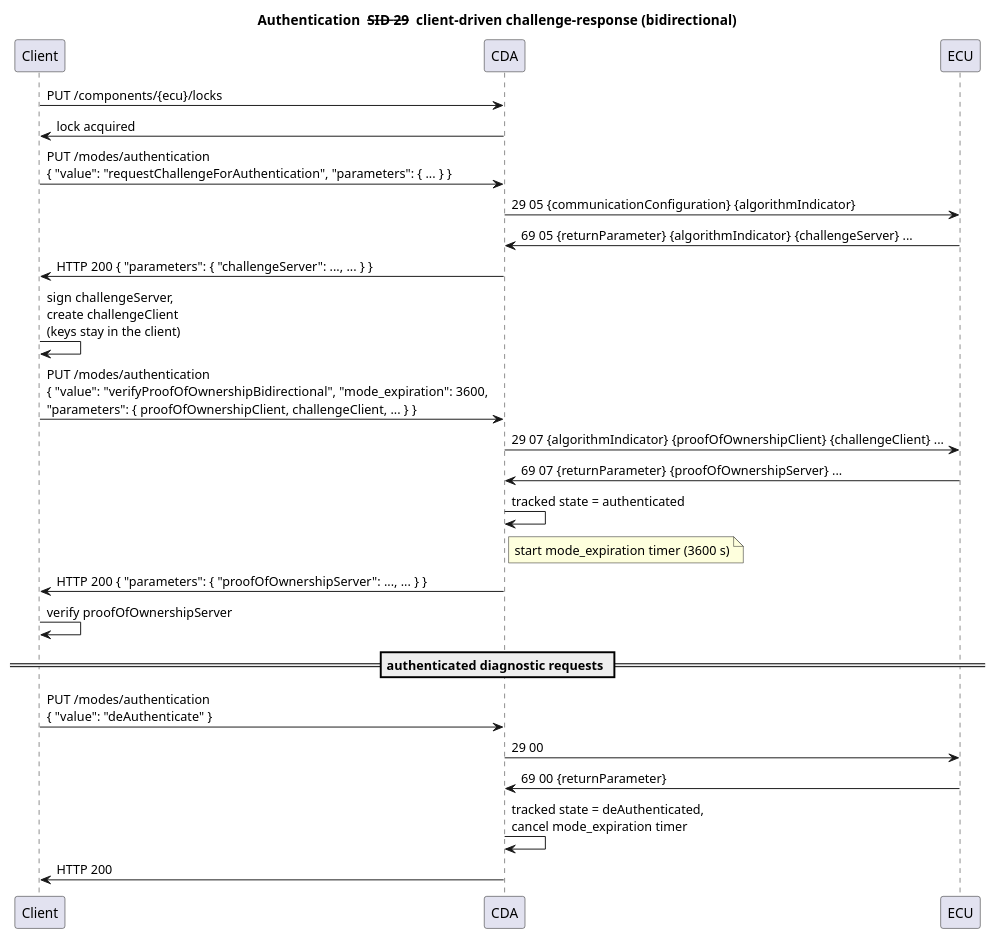
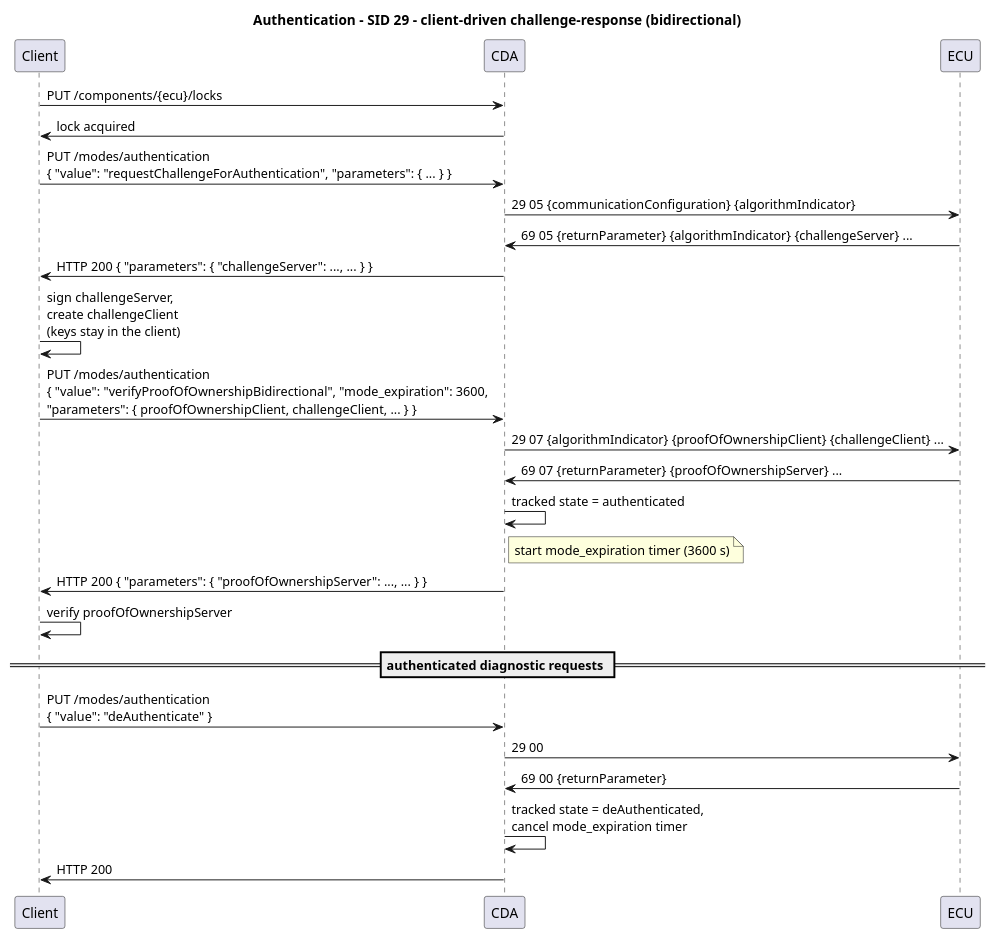
Before and after one commit to eclipse-opensovd/classic-diagnostic-adapter: the diagram in docs/03_architecture/02_sovd-api/images/authentication_challenge_response.puml, drawn with PlantUML. The commit also changed 5 other files, not shown here.

```diff
--- a/docs/03_architecture/02_sovd-api/images/authentication_challenge_response.puml
+++ b/docs/03_architecture/02_sovd-api/images/authentication_challenge_response.puml
@@ -13,35 +13,35 @@
 @startuml
-title Authentication -- SID 29 -- client-driven challenge-response (bidirectional)
+title Authentication - SID 29 - client-driven challenge-response (bidirectional)
 
 participant Client
 participant CDA
 participant ECU
 
 Client -> CDA : PUT /components/{ecu}/locks
 CDA -> Client : lock acquired
 
 Client -> CDA : PUT /modes/authentication\n{ "value": "requestChallengeForAuthentication", "parameters": { ... } }
 CDA -> ECU : 29 05 {communicationConfiguration} {algorithmIndicator}
 ECU -> CDA : 69 05 {returnParameter} {algorithmIndicator} {challengeServer} ...
 CDA -> Client : HTTP 200 { "parameters": { "challengeServer": ..., ... } }
 
 Client -> Client : sign challengeServer,\ncreate challengeClient\n(keys stay in the client)
 
 Client -> CDA : PUT /modes/authentication\n{ "value": "verifyProofOfOwnershipBidirectional", "mode_expiration": 3600,\n"parameters": { proofOfOwnershipClient, challengeClient, ... } }
 CDA -> ECU : 29 07 {algorithmIndicator} {proofOfOwnershipClient} {challengeClient} ...
 ECU -> CDA : 69 07 {returnParameter} {proofOfOwnershipServer} ...
 CDA -> CDA : tracked state = authenticated
 note right of CDA : start mode_expiration timer (3600 s)
 CDA -> Client : HTTP 200 { "parameters": { "proofOfOwnershipServer": ..., ... } }
 
 Client -> Client : verify proofOfOwnershipServer
 
 == authenticated diagnostic requests ==
 
 Client -> CDA : PUT /modes/authentication\n{ "value": "deAuthenticate" }
 CDA -> ECU : 29 00
 ECU -> CDA : 69 00 {returnParameter}
 CDA -> CDA : tracked state = deAuthenticated,\ncancel mode_expiration timer
 CDA -> Client : HTTP 200
 
 @enduml
```
